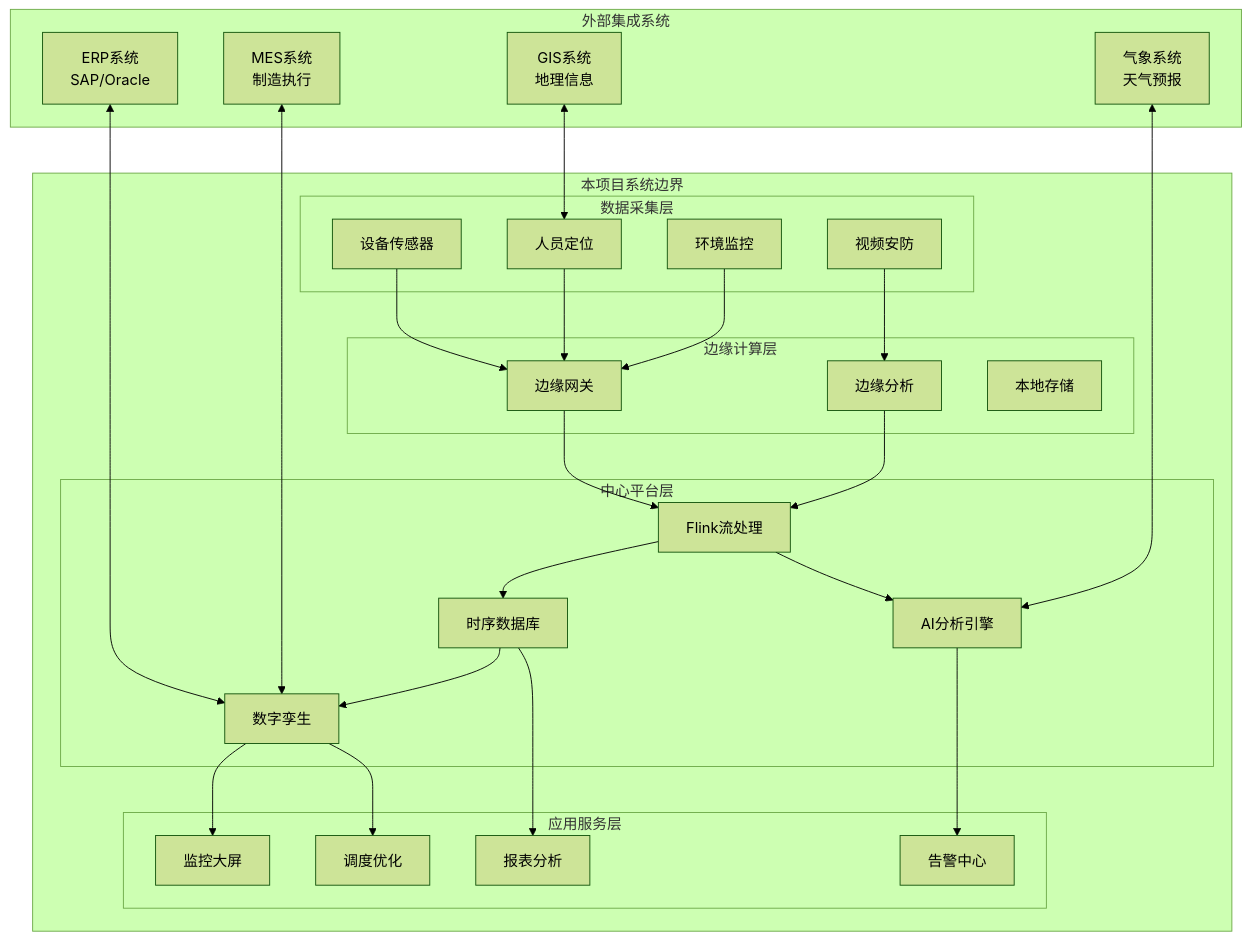
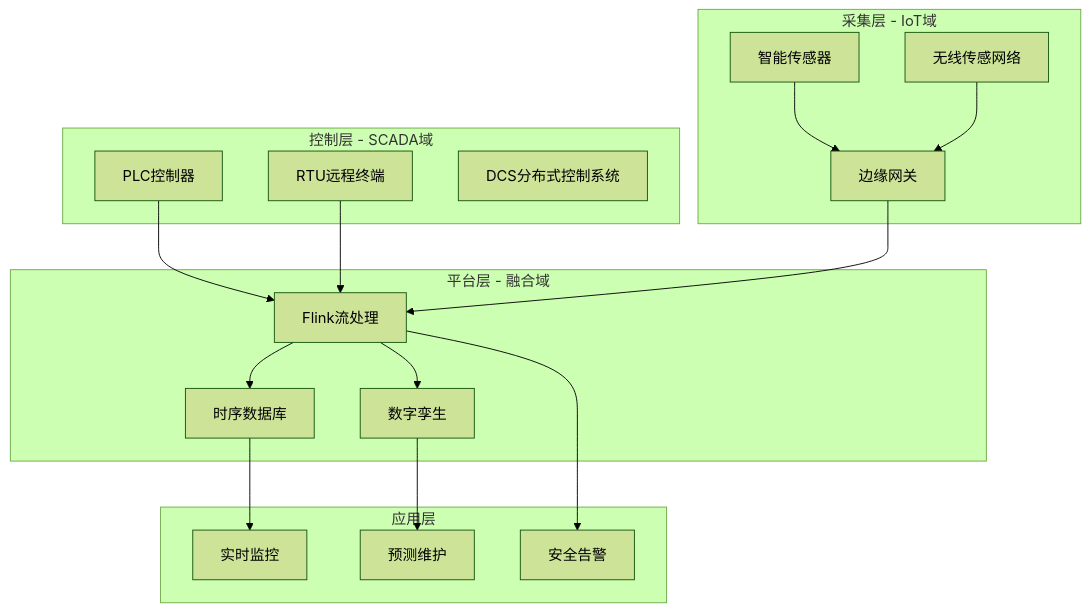
One commit to AdaMartin18010/AnalysisDataFlow changed the first of 6 diagrams in Flink-IoT-Authority-Alignment/Phase-11-Mining-Oil-Gas/case-mining-oilgas-complete.md. Above: the diagram before and after it, drawn with Mermaid (forest theme). The commit also changed other lines of this file and 8 other files, not shown here.

````diff
--- a/Flink-IoT-Authority-Alignment/Phase-11-Mining-Oil-Gas/case-mining-oilgas-complete.md
+++ b/Flink-IoT-Authority-Alignment/Phase-11-Mining-Oil-Gas/case-mining-oilgas-complete.md
@@ -73,60 +382,37 @@
 ```mermaid
 graph TB
-    subgraph 外部系统[外部集成系统]
-        EXT1[ERP系统<br/>SAP/Oracle]
-        EXT2[MES系统<br/>制造执行]
-        EXT3[GIS系统<br/>地理信息]
-        EXT4[气象系统<br/>天气预报]
+    subgraph 控制层[控制层 - SCADA域]
+        S1[PLC控制器]
+        S2[RTU远程终端]
+        S3[DCS分布式控制系统]
     end
 
-    subgraph 本系统范围[本项目系统边界]
-        subgraph 数据采集[数据采集层]
-            D1[设备传感器]
-            D2[人员定位]
-            D3[环境监控]
-            D4[视频安防]
-        end
-
-        subgraph 边缘计算[边缘计算层]
-            E1[边缘网关]
-            E2[边缘分析]
-            E3[本地存储]
-        end
-
-        subgraph 中心平台[中心平台层]
-            P1[Flink流处理]
-            P2[时序数据库]
-            P3[数字孪生]
-            P4[AI分析引擎]
-        end
-
-        subgraph 应用服务[应用服务层]
-            A1[监控大屏]
-            A2[告警中心]
-            A3[调度优化]
-            A4[报表分析]
-        end
+    subgraph 采集层[采集层 - IoT域]
+        I1[智能传感器]
+        I2[边缘网关]
+        I3[无线传感网络]
     end
 
-    EXT1 <--> P3
-    EXT2 <--> P3
-    EXT3 <--> D2
-    EXT4 <--> P4
+    subgraph 平台层[平台层 - 融合域]
+        F1[Flink流处理]
+        F2[时序数据库]
+        F3[数字孪生]
+    end
 
-    D1 --> E1
-    D2 --> E1
-    D3 --> E1
-    D4 --> E2
+    subgraph 应用层[应用层]
+        A1[实时监控]
+        A2[预测维护]
+        A3[安全告警]
+    end
 
-    E1 --> P1
-    E2 --> P1
+    S1 --> F1
+    S2 --> F1
+    I1 --> I2 --> F1
+    I3 --> I2
 
-    P1 --> P2
-    P1 --> P4
-    P2 --> P3
-
-    P3 --> A1
-    P3 --> A3
-    P4 --> A2
-    P2 --> A4
+    F1 --> F2
+    F1 --> F3
+    F2 --> A1
+    F3 --> A2
+    F1 --> A3
 ```
````
